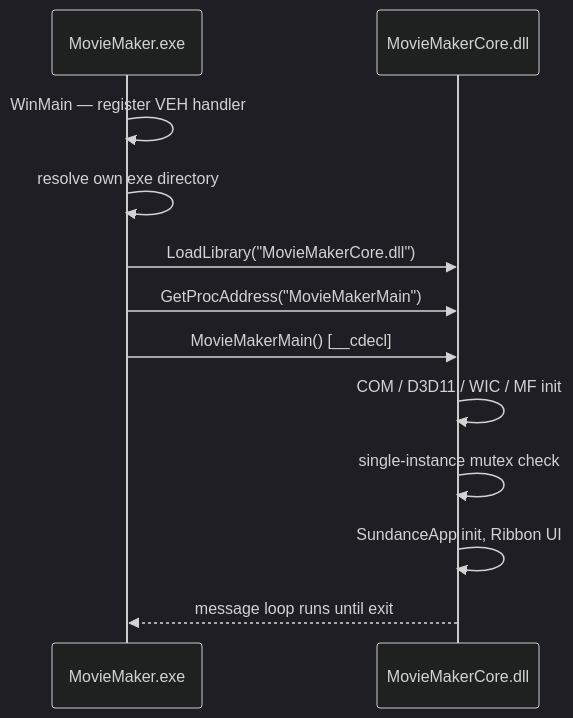
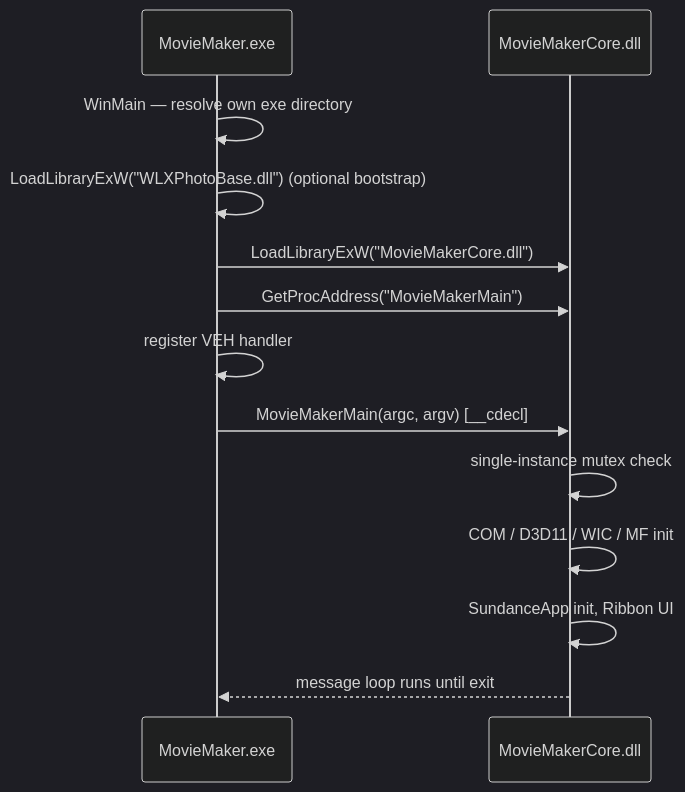
The diagram in website/docs/getting-started/running.md (havaianasdestruido/WindowsMovieMakerDecomp), drawn with Mermaid (dark theme) before and after one commit. The commit also changed other lines of this file and 18 other files, not shown here.

````diff
--- a/website/docs/getting-started/running.md
+++ b/website/docs/getting-started/running.md
@@ -23,14 +23,15 @@
 ```mermaid
 sequenceDiagram
     participant EXE as MovieMaker.exe
     participant Core as MovieMakerCore.dll
-    EXE->>EXE: WinMain — register VEH handler
-    EXE->>EXE: resolve own exe directory
-    EXE->>Core: LoadLibrary("MovieMakerCore.dll")
+    EXE->>EXE: WinMain — resolve own exe directory
+    EXE->>EXE: LoadLibraryExW("WLXPhotoBase.dll") (optional bootstrap)
+    EXE->>Core: LoadLibraryExW("MovieMakerCore.dll")
     EXE->>Core: GetProcAddress("MovieMakerMain")
-    EXE->>Core: MovieMakerMain() [__cdecl]
+    EXE->>EXE: register VEH handler
+    EXE->>Core: MovieMakerMain(argc, argv) [__cdecl]
+    Core->>Core: single-instance mutex check
     Core->>Core: COM / D3D11 / WIC / MF init
-    Core->>Core: single-instance mutex check
     Core->>Core: SundanceApp init, Ribbon UI
     Core-->>EXE: message loop runs until exit
 ```
````
